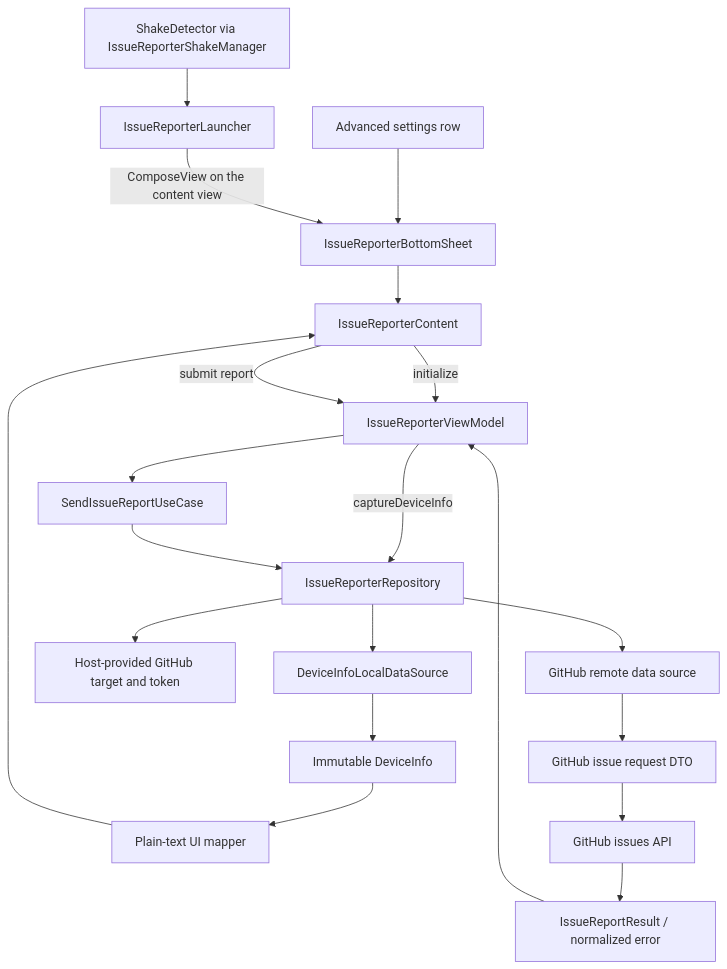
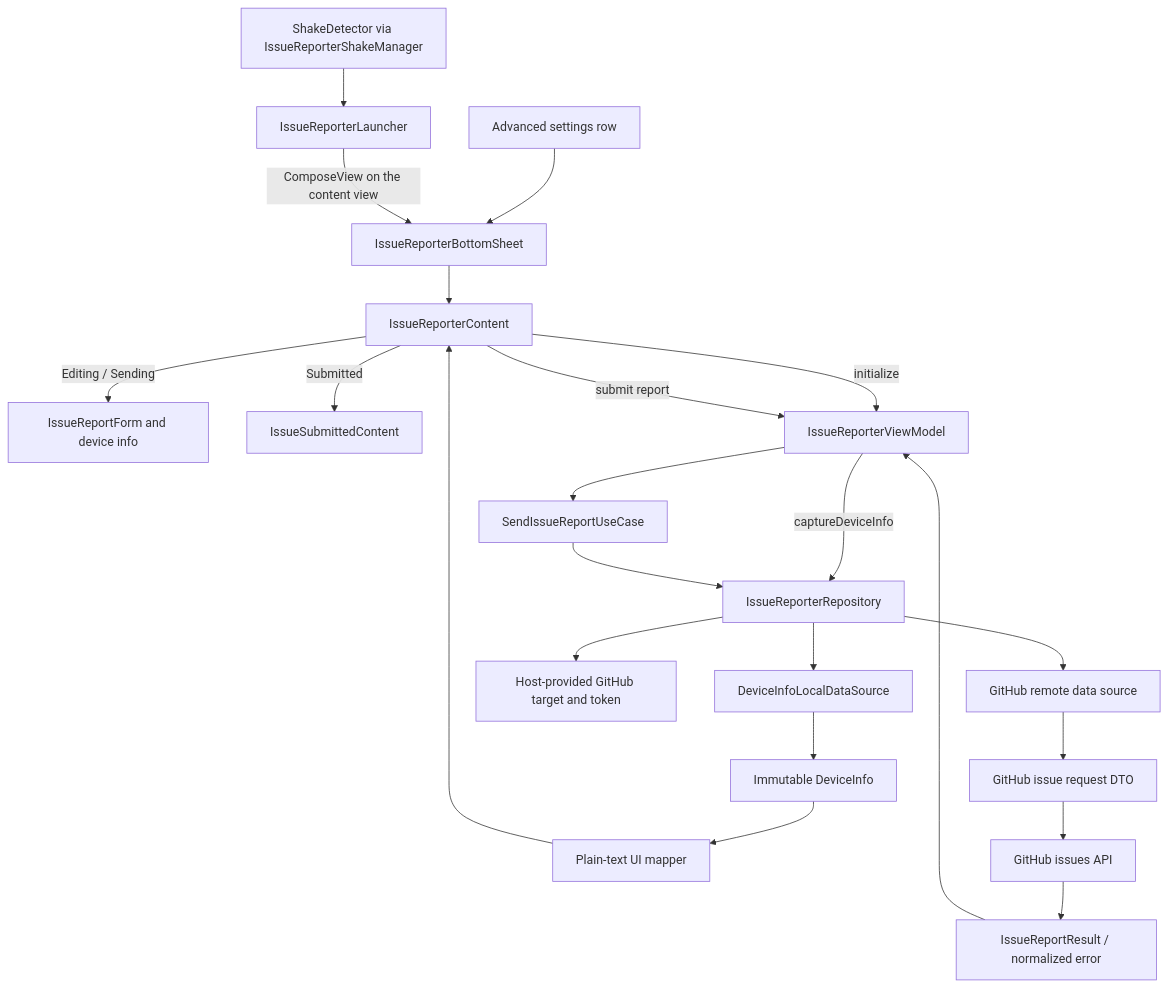
The diagram in library/feature/issuereporter/README.md (MihaiCristianCondrea/App-Toolkit-for-Android), drawn with Mermaid before and after one commit. The commit also changed other lines of this file and 35 other files, not shown here.

````diff
--- a/library/feature/issuereporter/README.md
+++ b/library/feature/issuereporter/README.md
@@ -36,22 +36,24 @@
 ```mermaid
 flowchart TD
     Settings[Advanced settings row] --> Sheet[IssueReporterBottomSheet]
     Shake[ShakeDetector via IssueReporterShakeManager] --> Launcher[IssueReporterLauncher]
     Launcher -->|ComposeView on the content view| Sheet
     Sheet --> Screen[IssueReporterContent]
+    Screen -->|Editing / Sending| Form[IssueReportForm and device info]
+    Screen -->|Submitted| Done[IssueSubmittedContent]
     Screen -->|initialize| VM[IssueReporterViewModel]
     VM -->|captureDeviceInfo| Repo[IssueReporterRepository]
     Repo --> Device[DeviceInfoLocalDataSource]
     Device --> Model[Immutable DeviceInfo]
     Model --> Plain[Plain-text UI mapper]
     Plain --> Screen
     Screen -->|submit report| VM
     VM --> UseCase[SendIssueReportUseCase]
     UseCase --> Repo
     Repo --> Target[Host-provided GitHub target and token]
     Repo --> Remote[GitHub remote data source]
     Remote --> DTO[GitHub issue request DTO]
     DTO --> Api[GitHub issues API]
     Api --> Result[IssueReportResult / normalized error]
     Result --> VM
 ```
````
